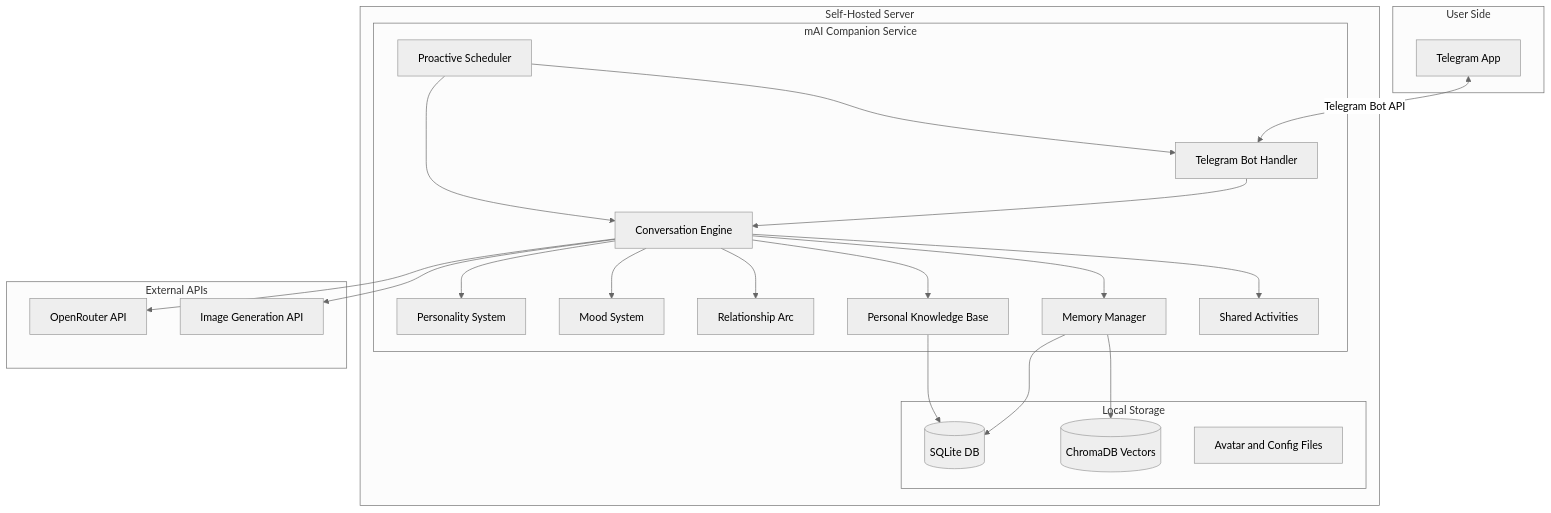
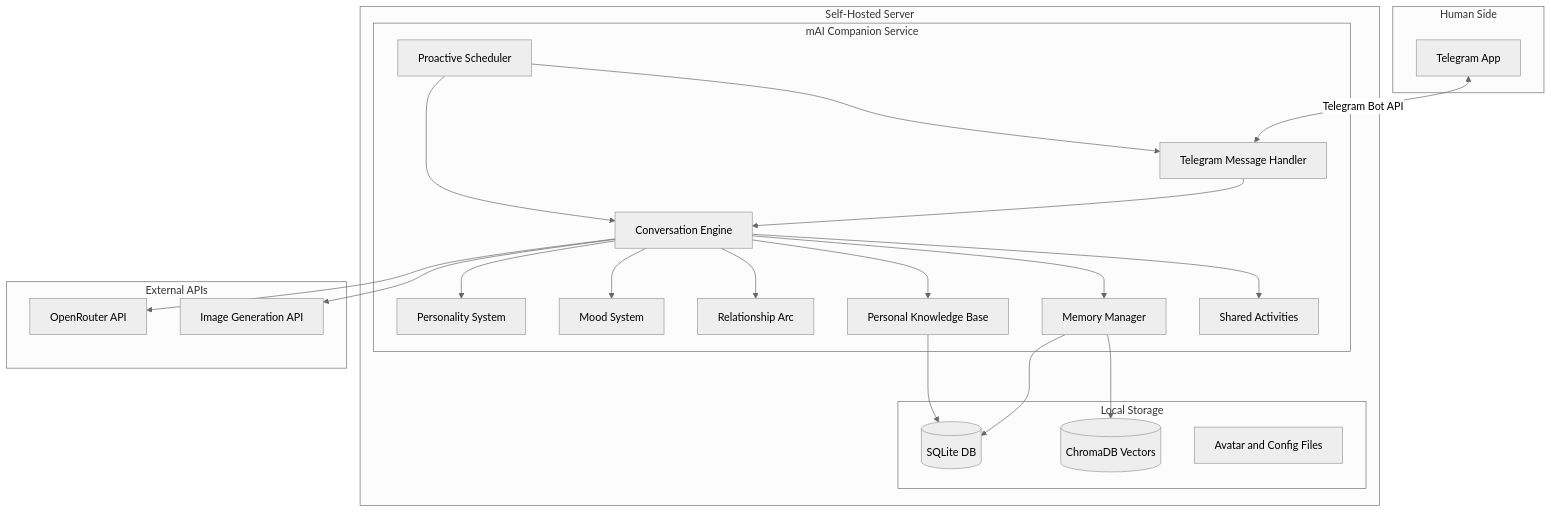
The first of 2 diagrams in .cursor/plans/mai_companion_plan_bce23cce.plan.md (mikhailsal/mai-gram), drawn with Mermaid (neutral theme) before and after one commit. The commit also changed other lines of this file and 5 other files, not shown here.

````diff
--- a/.cursor/plans/mai_companion_plan_bce23cce.plan.md
+++ b/.cursor/plans/mai_companion_plan_bce23cce.plan.md
@@ -114,47 +114,47 @@
 ```mermaid
 graph TB
-    subgraph userSide [User Side]
+    subgraph humanSide [Human Side]
         TG[Telegram App]
     end
 
     subgraph server [Self-Hosted Server]
         subgraph app [mAI Companion Service]
-            Bot[Telegram Bot Handler]
+            Bot[Telegram Message Handler]
             Core[Conversation Engine]
             Personality[Personality System]
             Mood[Mood System]
             Relationship[Relationship Arc]
             Memory[Memory Manager]
             Scheduler[Proactive Scheduler]
             Wiki[Personal Knowledge Base]
             Activities[Shared Activities]
         end
 
         subgraph storage [Local Storage]
             SQLite[(SQLite DB)]
             Chroma[(ChromaDB Vectors)]
             Files[Avatar and Config Files]
         end
     end
 
     subgraph external [External APIs]
         OR[OpenRouter API]
         ImgGen[Image Generation API]
     end
 
     TG <-->|Telegram Bot API| Bot
     Bot --> Core
     Core --> Personality
     Core --> Mood
     Core --> Relationship
     Core --> Memory
     Core --> Wiki
     Core --> Activities
     Memory --> SQLite
     Memory --> Chroma
     Wiki --> SQLite
     Core --> OR
     Scheduler --> Core
     Scheduler --> Bot
     Core --> ImgGen
 ```
````
